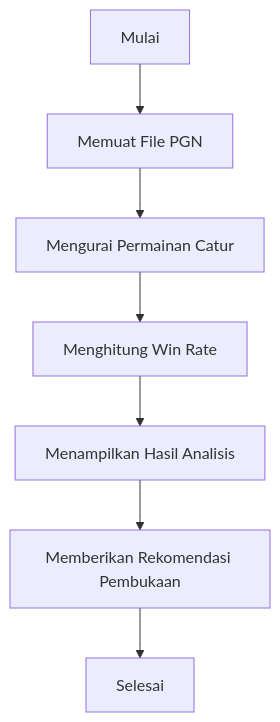
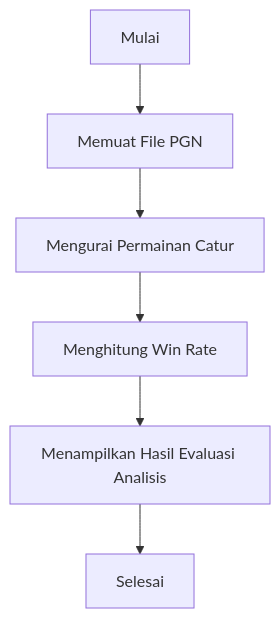
Before and after one commit to EPatha/Data_Mining: the diagram in DM-A11.2022.14632-UAS/README.md, drawn with Mermaid.

Commit message:
Penjelasan Soal UAS

````diff
--- a/DM-A11.2022.14632-UAS/README.md
+++ b/DM-A11.2022.14632-UAS/README.md
@@ -29,9 +29,8 @@
 ```mermaid
 graph TD;
     A[Mulai] --> B[Memuat File PGN]
     B --> C[Mengurai Permainan Catur]
     C --> D[Menghitung Win Rate]
-    D --> E[Menampilkan Hasil Analisis]
-    E --> F[Memberikan Rekomendasi Pembukaan]
-    F --> G[Selesai]
+    D --> E[Menampilkan Hasil Evaluasi Analisis]
+    E --> F[Selesai]
 ```
````
